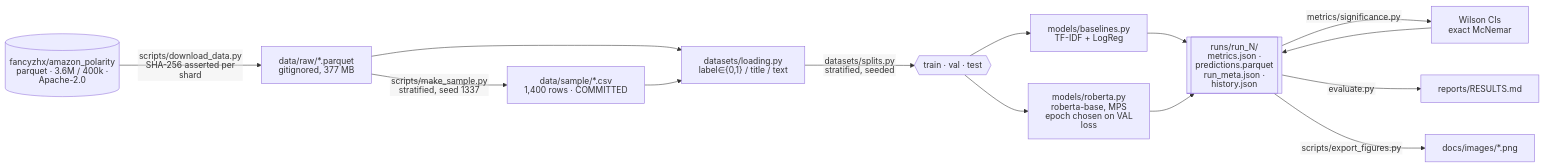
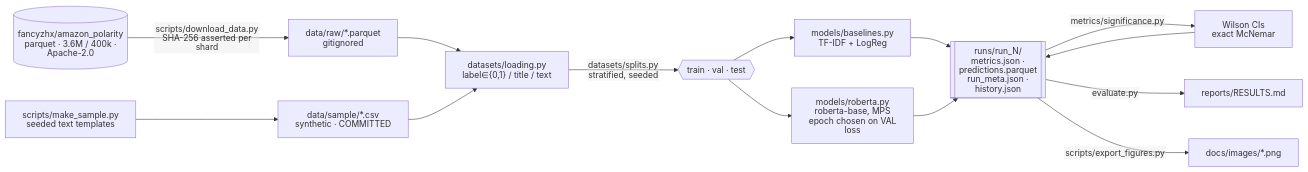
Before and after one commit to armandogon94/Sentiment-RoBERTa: the diagram in README.md, drawn with Mermaid. The commit also changed other lines of this file and 68 other files, not shown here.

````diff
--- a/README.md
+++ b/README.md
@@ -402,22 +373,22 @@
 ```mermaid
 %%{init: {'htmlLabels': false, 'fontFamily': 'arial, helvetica, sans-serif', 'flowchart': {'htmlLabels': false, 'padding': 16, 'nodeSpacing': 60, 'rankSpacing': 70, 'useMaxWidth': true}}}%%
 flowchart LR
     HF[("fancyzhx/amazon_polarity<br/>parquet · 3.6M / 400k · Apache-2.0")]
-    HF -->|"scripts/download_data.py<br/>SHA-256 asserted per shard"| RAW["data/raw/*.parquet<br/>gitignored, 377 MB"]
-    RAW -->|"scripts/make_sample.py<br/>stratified, seed 1337"| SAMPLE["data/sample/*.csv<br/>1,400 rows · COMMITTED"]
+    HF -->|"scripts/download_data.py<br/>SHA-256 asserted per shard"| RAW["data/raw/*.parquet<br/>gitignored"]
+    SYNTH["scripts/make_sample.py<br/>seeded text templates"] --> SAMPLE["data/sample/*.csv<br/>synthetic · COMMITTED"]
 
     RAW --> LOAD["datasets/loading.py<br/>label∈{0,1} / title / text"]
     SAMPLE --> LOAD
     LOAD -->|"datasets/splits.py<br/>stratified, seeded"| SPLIT{{"train · val · test"}}
 
     SPLIT --> BASE["models/baselines.py<br/>TF-IDF + LogReg"]
     SPLIT --> ROB["models/roberta.py<br/>roberta-base, MPS<br/>epoch chosen on VAL loss"]
 
     BASE --> RUN[["runs/run_N/<br/>metrics.json · predictions.parquet<br/>run_meta.json · history.json"]]
     ROB --> RUN
 
     RUN -->|"metrics/significance.py"| SIG["Wilson CIs<br/>exact McNemar"]
     SIG --> RUN
     RUN -->|"evaluate.py"| REP["reports/RESULTS.md"]
     RUN -->|"scripts/export_figures.py"| FIG["docs/images/*.png"]
 ```
````
